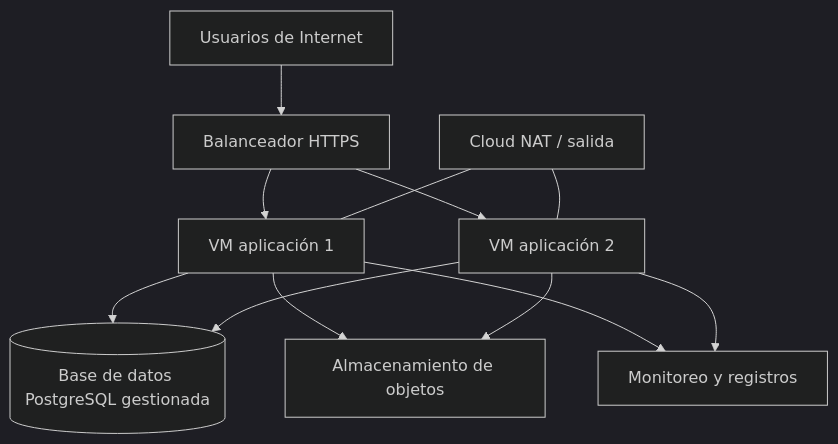
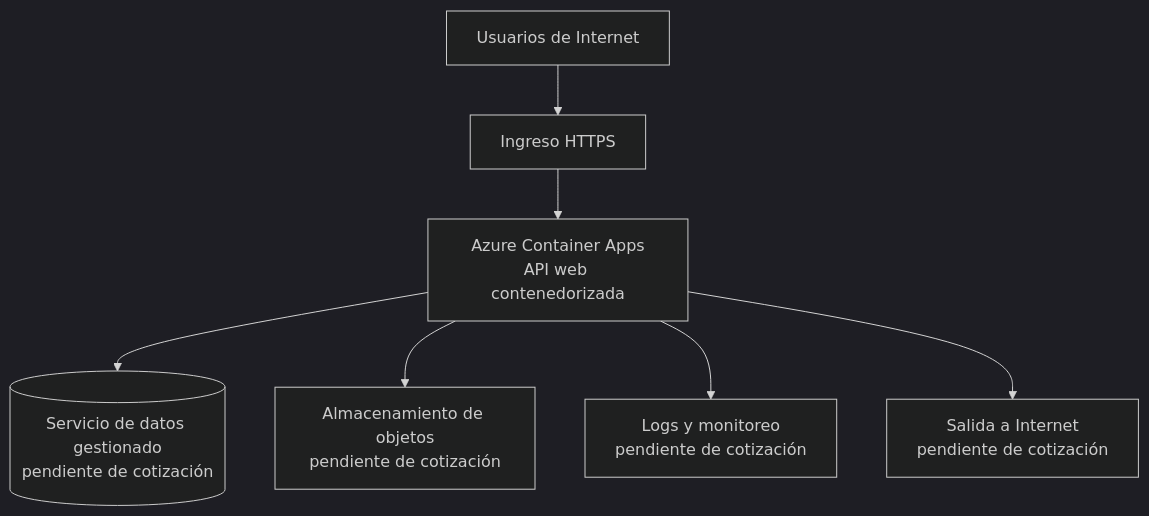
Before and after one commit to TheVillegas/FEP-INVESTIGACION: the diagram in docs/fp-182/arquitectura-y-supuestos-borrador.md, drawn with Mermaid (dark theme). The commit also changed other lines of this file and 1 other file, not shown here.

````diff
--- a/docs/fp-182/arquitectura-y-supuestos-borrador.md
+++ b/docs/fp-182/arquitectura-y-supuestos-borrador.md
@@ -13,14 +13,9 @@
 ```mermaid
 flowchart TB
-    U[Usuarios de Internet] --> LB[Balanceador HTTPS]
-    LB --> APP1[VM aplicación 1]
-    LB --> APP2[VM aplicación 2]
-    APP1 --> DB[(Base de datos PostgreSQL gestionada)]
-    APP2 --> DB
-    APP1 --> OBJ[Almacenamiento de objetos]
-    APP2 --> OBJ
-    APP1 --> OBS[Monitoreo y registros]
-    APP2 --> OBS
-    NAT[Cloud NAT / salida] --- APP1
-    NAT --- APP2
+    U[Usuarios de Internet] --> I[Ingreso HTTPS]
+    I --> ACA[Azure Container Apps\nAPI web contenedorizada]
+    ACA --> DB[(Servicio de datos gestionado\npendiente de cotización)]
+    ACA --> OBJ[Almacenamiento de objetos\npendiente de cotización]
+    ACA --> OBS[Logs y monitoreo\npendiente de cotización]
+    ACA --> NET[Salida a Internet\npendiente de cotización]
 ```
````
